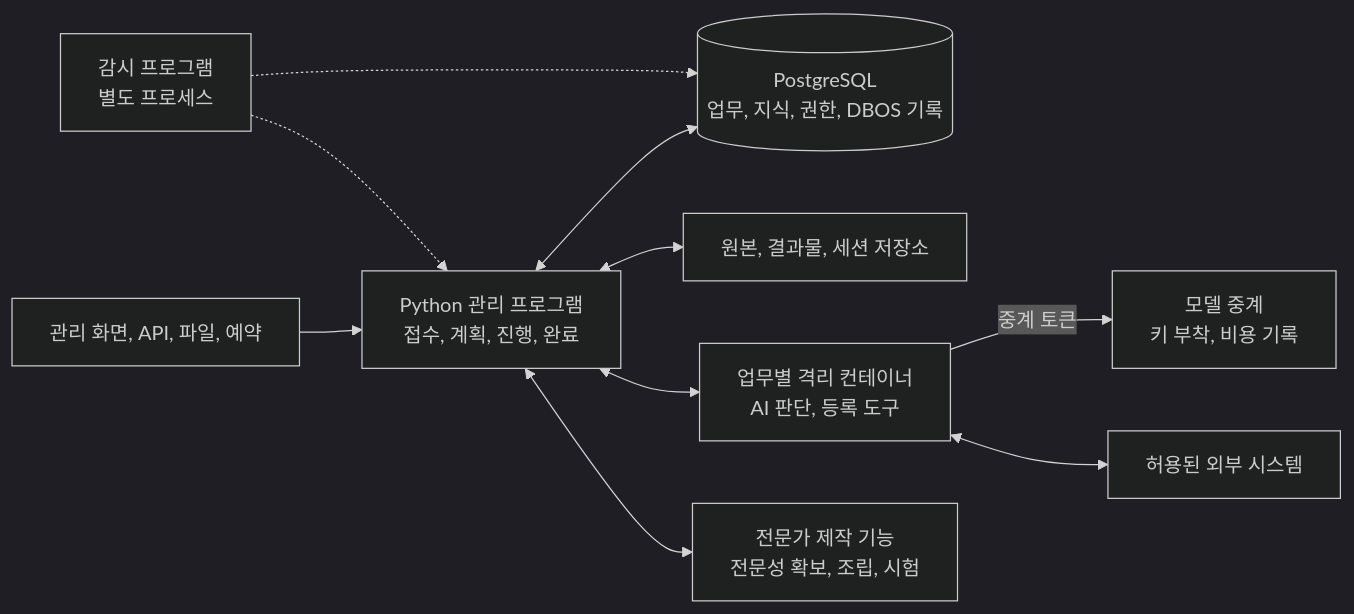
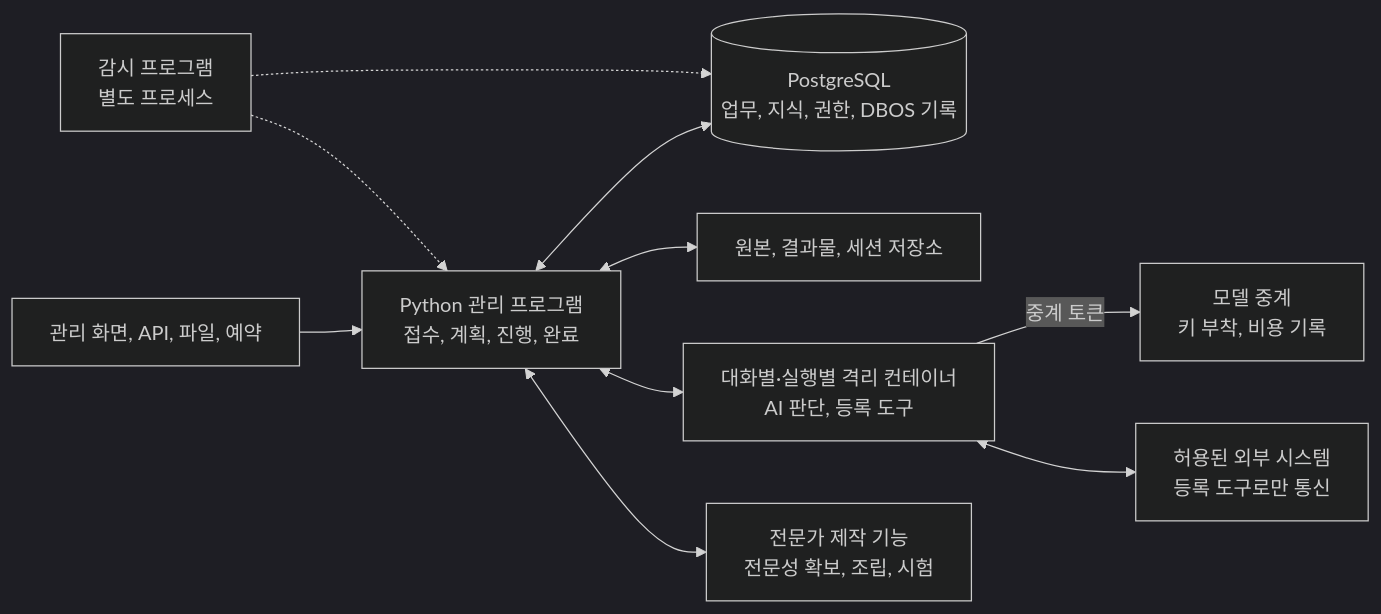
Before and after one commit to harisbaguette/expert: the diagram in 공장 구현 설계.md, drawn with Mermaid (dark theme). The commit also changed other lines of this file and 6 other files, not shown here.

````diff
--- a/공장 구현 설계.md
+++ b/공장 구현 설계.md
@@ -28,12 +32,12 @@
 ```mermaid
 flowchart LR
     A["관리 화면, API, 파일, 예약"] --> B["Python 관리 프로그램<br/>접수, 계획, 진행, 완료"]
     B <--> C[("PostgreSQL<br/>업무, 지식, 권한, DBOS 기록")]
     B <--> D["원본, 결과물, 세션 저장소"]
-    B <--> E["업무별 격리 컨테이너<br/>AI 판단, 등록 도구"]
+    B <--> E["대화별·실행별 격리 컨테이너<br/>AI 판단, 등록 도구"]
     E -- "중계 토큰" --> H["모델 중계<br/>키 부착, 비용 기록"]
-    E <--> F["허용된 외부 시스템"]
+    E <--> F["허용된 외부 시스템<br/>등록 도구로만 통신"]
     B <--> G["전문가 제작 기능<br/>전문성 확보, 조립, 시험"]
     M["감시 프로그램<br/>별도 프로세스"] -.-> B
     M -.-> C
 ```
````
